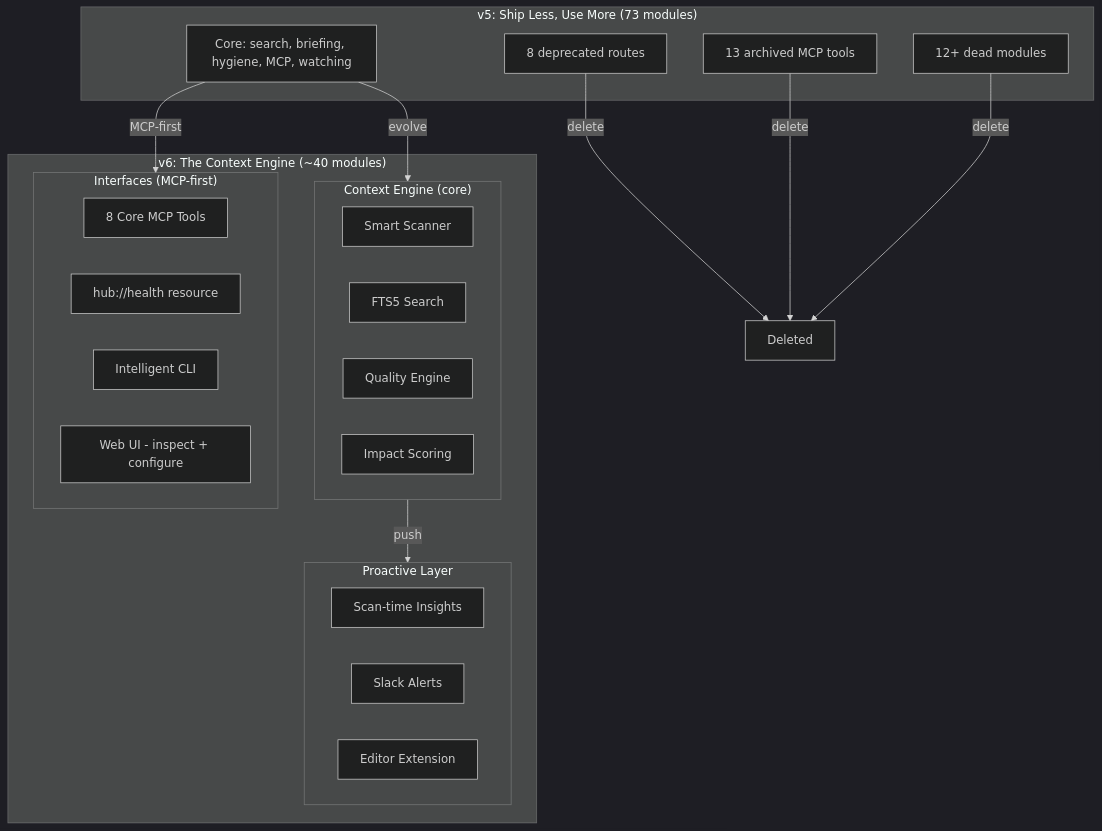
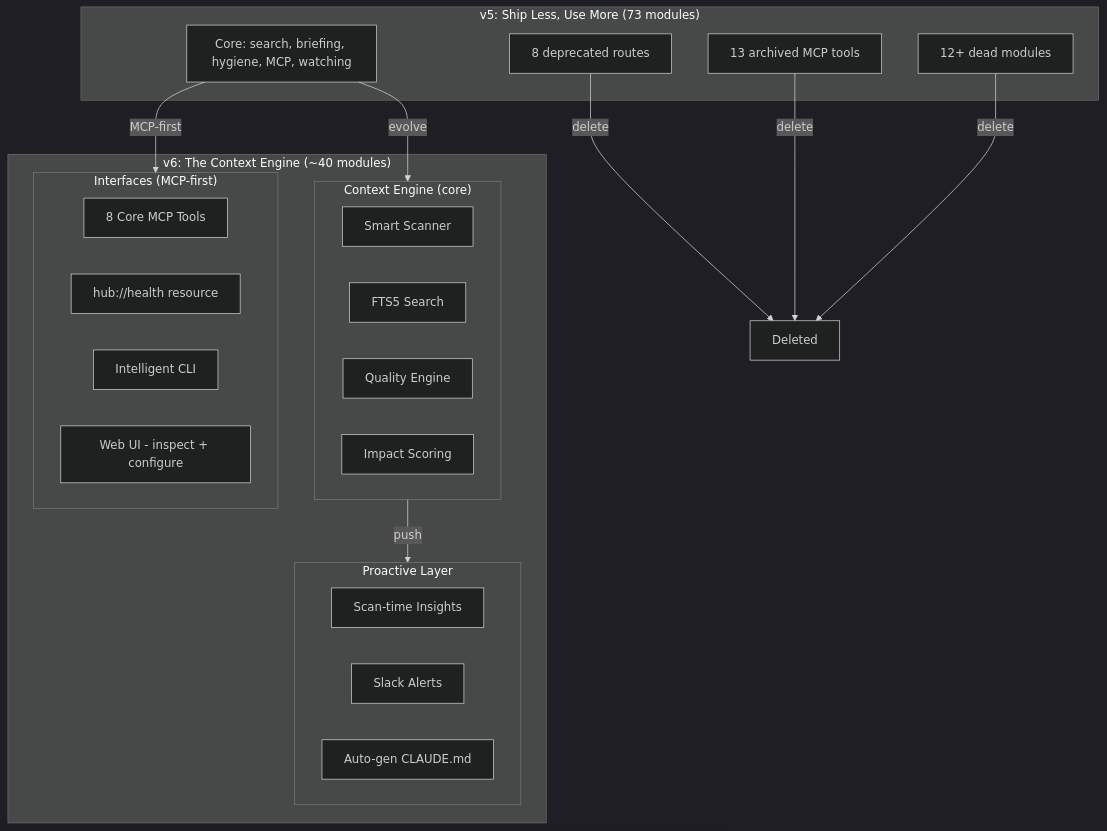
Before and after one commit to ahmedkhaledmohamed/the-hub: the diagram in docs/future-developments.md, drawn with Mermaid (dark theme). The commit also changed other lines of this file, not shown here.

First line of the commit message:
Replace editor extension with auto-generated context files

````diff
--- a/docs/future-developments.md
+++ b/docs/future-developments.md
@@ -193,38 +193,38 @@
 ```mermaid
 flowchart TD
     subgraph v5["v5: Ship Less, Use More (73 modules)"]
         Deprecated[8 deprecated routes]
         Archived[13 archived MCP tools]
         Dead[12+ dead modules]
         Core5[Core: search, briefing, hygiene, MCP, watching]
     end
 
     subgraph v6["v6: The Context Engine (~40 modules)"]
         subgraph Engine["Context Engine (core)"]
             Scanner[Smart Scanner]
             FTS[FTS5 Search]
             Hygiene[Quality Engine]
             Impact[Impact Scoring]
         end
 
         subgraph Interfaces["Interfaces (MCP-first)"]
             MCP8[8 Core MCP Tools]
             Health[hub://health resource]
             CLI[Intelligent CLI]
             Web[Web UI - inspect + configure]
         end
 
         subgraph Proactive["Proactive Layer"]
             ScanInsights[Scan-time Insights]
             SlackAlerts[Slack Alerts]
-            EditorExt[Editor Extension]
+            ContextFiles[Auto-gen CLAUDE.md]
         end
     end
 
     Deprecated -->|delete| Gone[Deleted]
     Archived -->|delete| Gone
     Dead -->|delete| Gone
     Core5 -->|evolve| Engine
     Core5 -->|MCP-first| Interfaces
     Engine -->|push| Proactive
 ```
````
